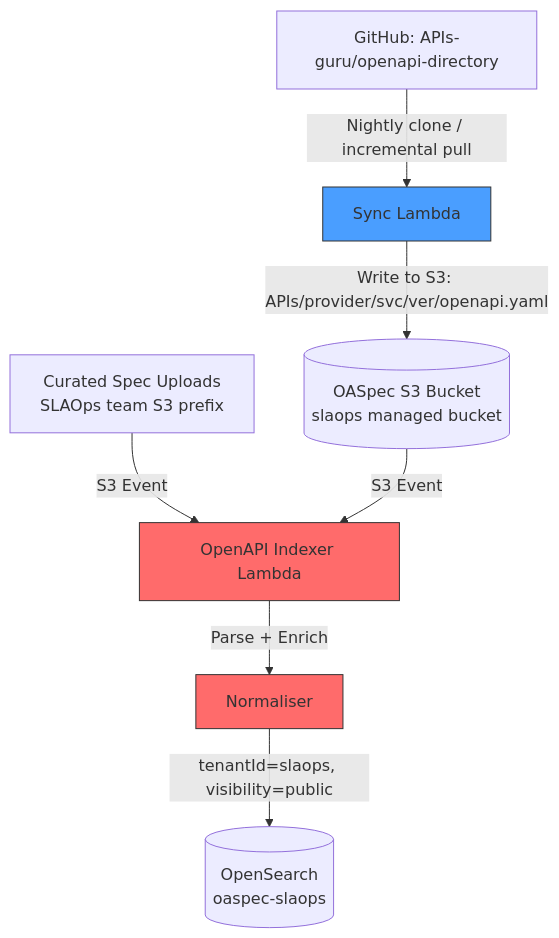
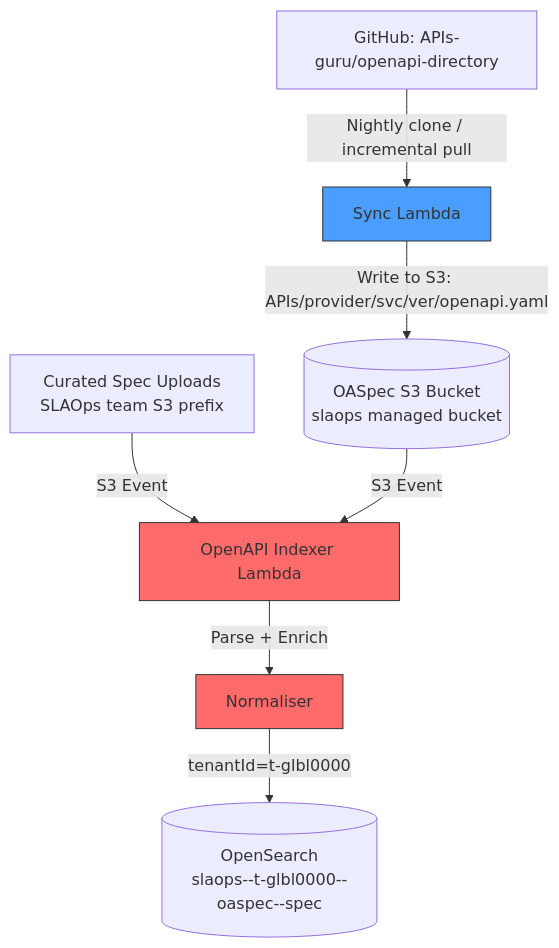
One commit to derrickfutschik/derrops-lib changed the second of 2 diagrams in apps/slaops-docs/internal/platform/design/openapi-indexer/openapi-index-access-pattern.md. Above: the diagram before and after it, drawn with Mermaid. The commit also changed other lines of this file and 19 other files, not shown here.

````diff
--- a/apps/slaops-docs/internal/platform/design/openapi-indexer/openapi-index-access-pattern.md
+++ b/apps/slaops-docs/internal/platform/design/openapi-indexer/openapi-index-access-pattern.md
@@ -187,15 +221,15 @@
 ```mermaid
 graph TD
     GH[GitHub: APIs-guru/openapi-directory] -->|Nightly clone / incremental pull| Sync[Sync Lambda]
     Curated[Curated Spec Uploads<br/>SLAOps team S3 prefix] -->|S3 Event| IndexerLambda
 
     Sync -->|"Write to S3: APIs/provider/svc/ver/openapi.yaml"| S3[(OASpec S3 Bucket\nslaops managed bucket)]
     S3 -->|S3 Event| IndexerLambda[OpenAPI Indexer Lambda]
 
     IndexerLambda -->|Parse + Enrich| Normalizer[Normaliser]
-    Normalizer -->|tenantId=slaops, visibility=public| OS[(OpenSearch<br/>oaspec-slaops)]
+    Normalizer -->|tenantId=t-glbl0000| OS[(OpenSearch<br/>slaops--t-glbl0000--oaspec--spec)]
 
     style Sync fill:#4a9eff,stroke:#333
     style IndexerLambda fill:#ff6b6b,stroke:#333
     style Normalizer fill:#ff6b6b,stroke:#333
 ```
````
